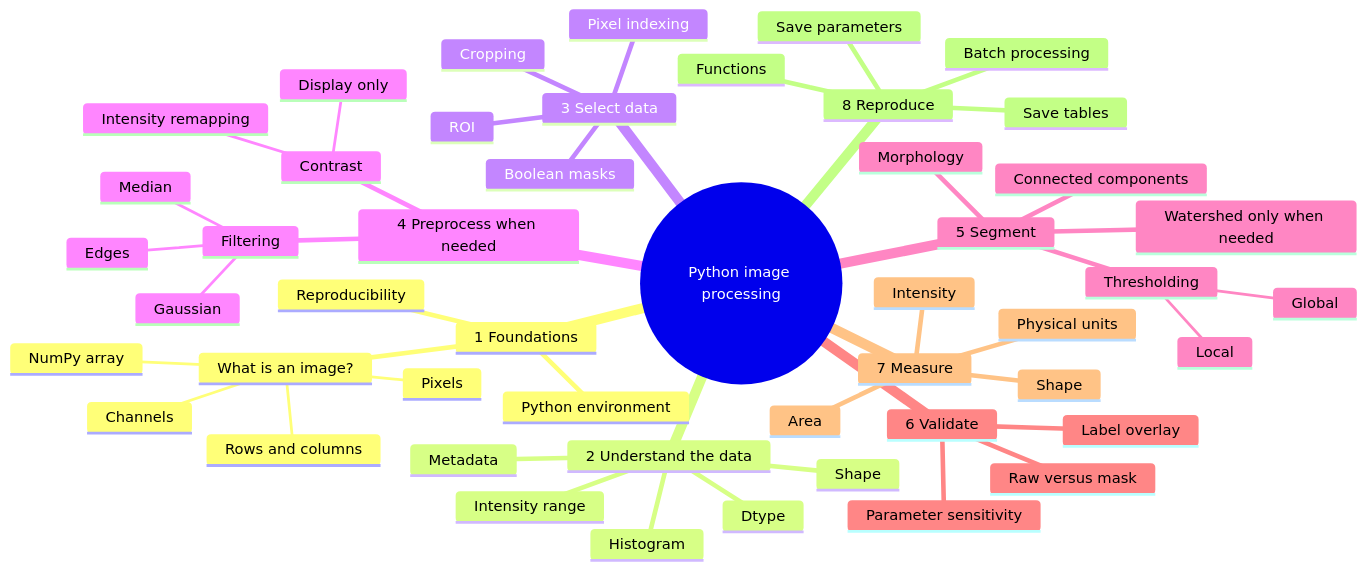
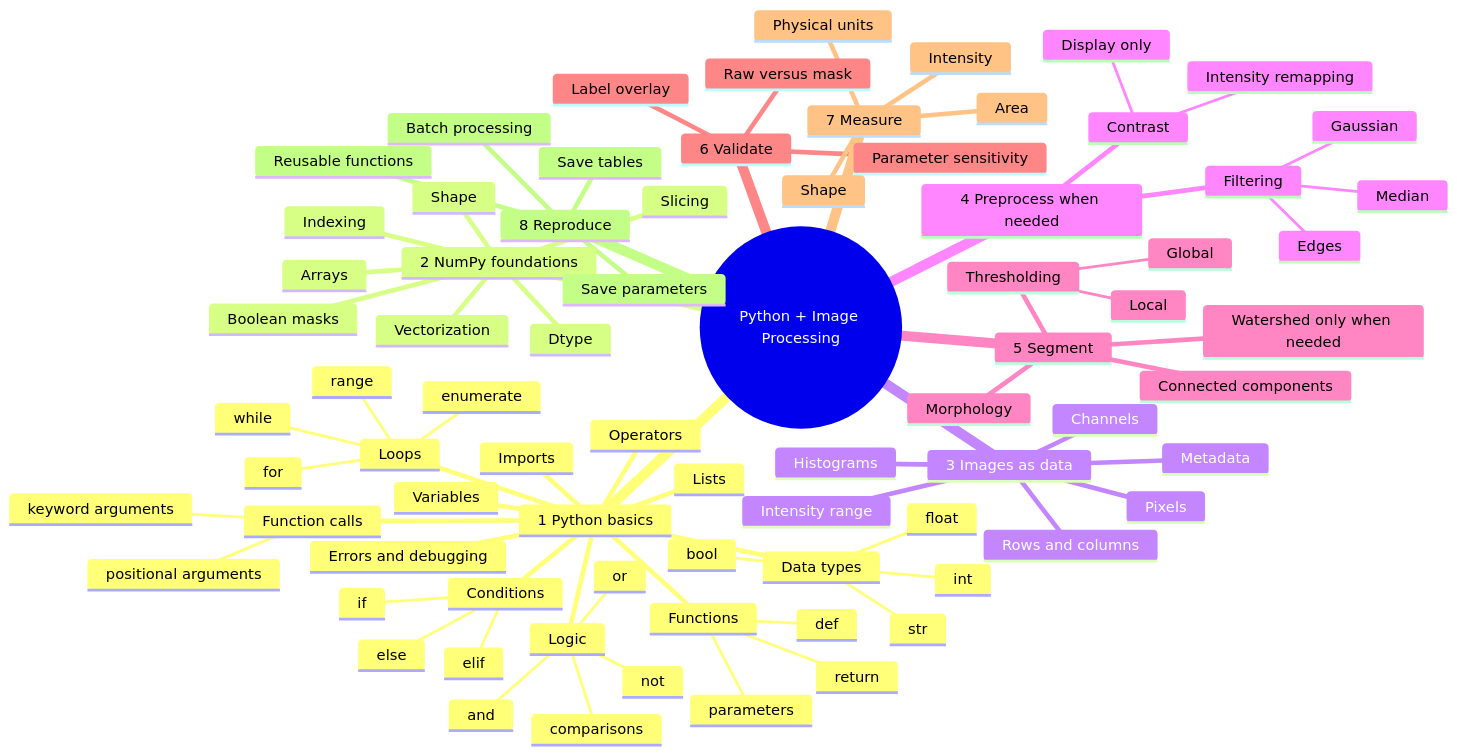
The first of 2 diagrams in README.md (Mobarak-Karim/PyImageCourse_beginner), drawn with Mermaid before and after one commit. The commit also changed other lines of this file, not shown here.

Commit message:
Add Python-first learning path and beginner roadmap

````diff
--- a/README.md
+++ b/README.md
@@ -38,52 +50,80 @@
 ```mermaid
 mindmap
-  root((Python image processing))
-    1 Foundations
-      What is an image?
-        NumPy array
-        Pixels
-        Rows and columns
-        Channels
-      Python environment
-      Reproducibility
-    2 Understand the data
+  root((Python + Image Processing))
+    1 Python basics
+      Variables
+      Data types
+        int
+        float
+        str
+        bool
+      Lists
+      Operators
+      Function calls
+        positional arguments
+        keyword arguments
+      Logic
+        comparisons
+        and
+        or
+        not
+      Conditions
+        if
+        elif
+        else
+      Loops
+        for
+        while
+        range
+        enumerate
+      Functions
+        def
+        parameters
+        return
+      Imports
+      Errors and debugging
+    2 NumPy foundations
+      Arrays
       Shape
       Dtype
+      Indexing
+      Slicing
+      Boolean masks
+      Vectorization
+    3 Images as data
+      Pixels
+      Rows and columns
+      Channels
       Intensity range
-      Histogram
+      Histograms
       Metadata
-    3 Select data
-      Pixel indexing
-      Cropping
-      ROI
-      Boolean masks
     4 Preprocess when needed
       Contrast
         Display only
         Intensity remapping
       Filtering
         Gaussian
         Median
         Edges
     5 Segment
       Thresholding
         Global
         Local
       Morphology
       Connected components
       Watershed only when needed
     6 Validate
       Raw versus mask
       Label overlay
       Parameter sensitivity
     7 Measure
       Area
       Shape
       Intensity
       Physical units
     8 Reproduce
-      Functions
+      Reusable functions
       Batch processing
       Save parameters
       Save tables
 ```
````
